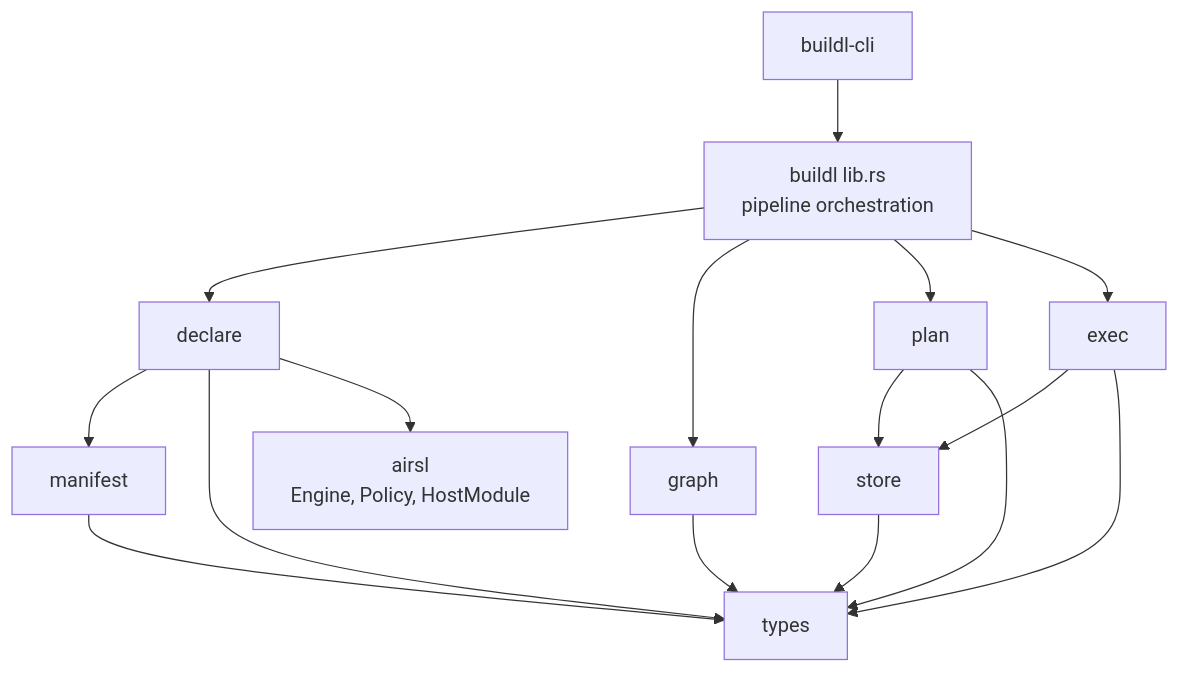
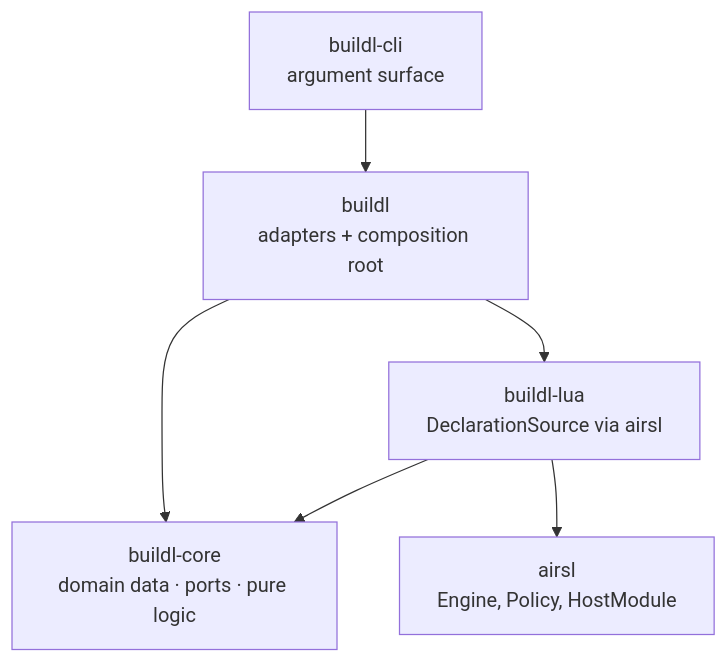
One commit to airsstack/buildl changed the first of 3 diagrams in docs/architecture.md. Above: the diagram before and after it, drawn with Mermaid. The commit also changed other lines of this file and 29 other files, not shown here.

First line of the commit message:
Four-crate workspace scaffold and development roadmap (#2)

````diff
--- a/docs/architecture.md
+++ b/docs/architecture.md
@@ -43,19 +29,9 @@
 ```mermaid
-%% Module dependency graph — arrows point at the dependency
+%% Crate dependency graph — arrows point at the dependency
 graph TD
-    CLI["buildl-cli"] --> LIB["buildl lib.rs<br/>pipeline orchestration"]
-    LIB --> DECL["declare"]
-    LIB --> GRAPH["graph"]
-    LIB --> PLAN["plan"]
-    LIB --> EXEC["exec"]
-    DECL --> MAN["manifest"]
-    DECL --> TYPES["types"]
-    GRAPH --> TYPES
-    PLAN --> STORE["store"]
-    PLAN --> TYPES
-    EXEC --> STORE
-    EXEC --> TYPES
-    MAN --> TYPES
-    STORE --> TYPES
-    DECL --> AIRSL["airsl<br/>Engine, Policy, HostModule"]
+    CLI["buildl-cli<br/>argument surface"] --> LIB["buildl<br/>adapters + composition root"]
+    LIB --> LUA["buildl-lua<br/>DeclarationSource via airsl"]
+    LIB --> CORE["buildl-core<br/>domain data · ports · pure logic"]
+    LUA --> CORE
+    LUA --> AIRSL["airsl<br/>Engine, Policy, HostModule"]
 ```
````
